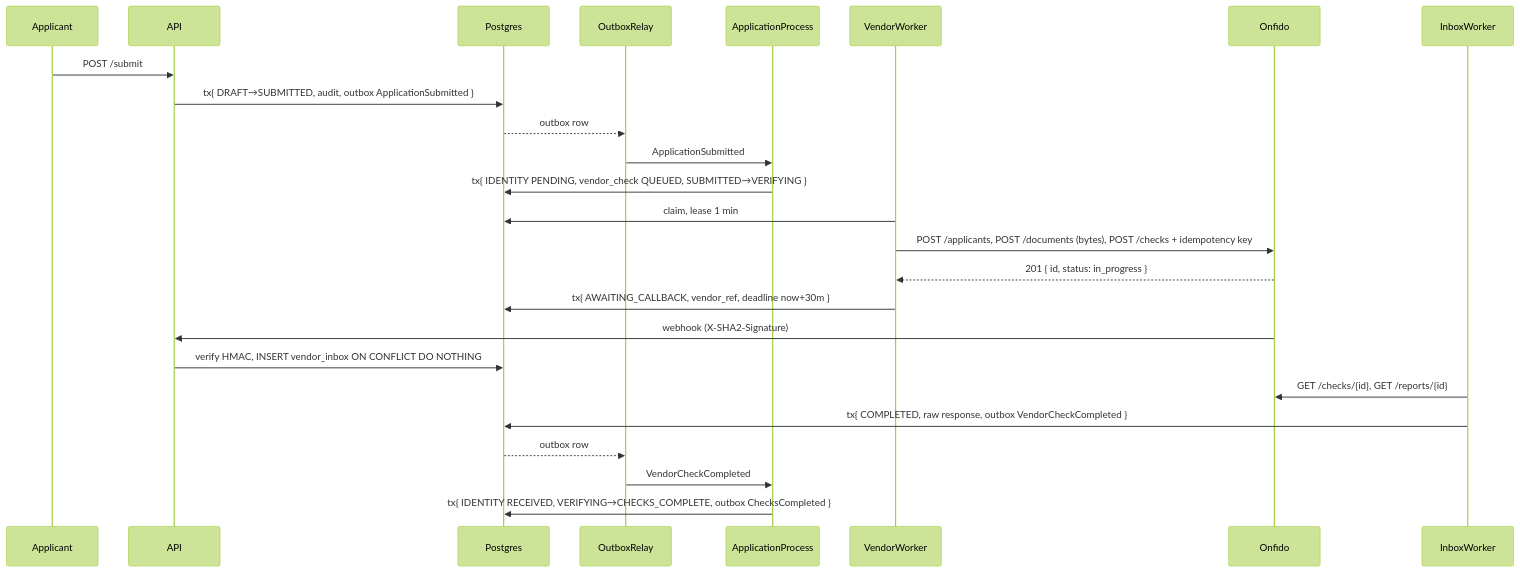
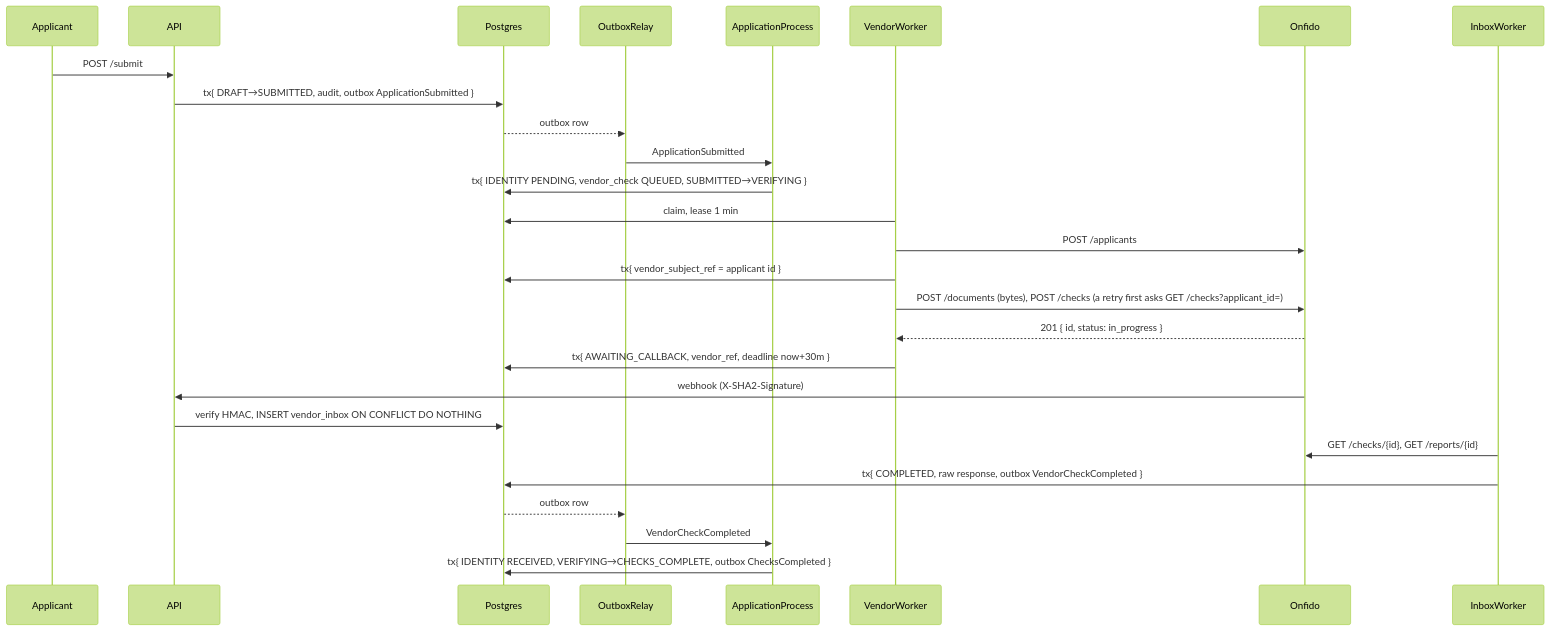
One commit to mettyoung/credit-card-system changed the fourth of 4 diagrams in docs/fr5-identity-verification.md. Above: the diagram before and after it, drawn with Mermaid (forest theme). The commit also changed other lines of this file and 82 other files, not shown here.

````diff
--- a/docs/fr5-identity-verification.md
+++ b/docs/fr5-identity-verification.md
@@ -200,27 +203,29 @@
 ```mermaid
 sequenceDiagram
     participant P as Applicant
     participant API
     participant DB as Postgres
     participant RL as OutboxRelay
     participant PR as ApplicationProcess
     participant VW as VendorWorker
     participant ON as Onfido
     participant IW as InboxWorker
     P ->> API: POST /submit
     API ->> DB: tx{ DRAFT→SUBMITTED, audit, outbox ApplicationSubmitted }
     DB -->> RL: outbox row
     RL ->> PR: ApplicationSubmitted
     PR ->> DB: tx{ IDENTITY PENDING, vendor_check QUEUED, SUBMITTED→VERIFYING }
     VW ->> DB: claim, lease 1 min
-    VW ->> ON: POST /applicants, POST /documents (bytes), POST /checks + idempotency key
+    VW ->> ON: POST /applicants
+    VW ->> DB: tx{ vendor_subject_ref = applicant id }
+    VW ->> ON: POST /documents (bytes), POST /checks (a retry first asks GET /checks?applicant_id=)
     ON -->> VW: 201 { id, status: in_progress }
     VW ->> DB: tx{ AWAITING_CALLBACK, vendor_ref, deadline now+30m }
     ON ->> API: webhook (X-SHA2-Signature)
     API ->> DB: verify HMAC, INSERT vendor_inbox ON CONFLICT DO NOTHING
     IW ->> ON: GET /checks/{id}, GET /reports/{id}
     IW ->> DB: tx{ COMPLETED, raw response, outbox VendorCheckCompleted }
     DB -->> RL: outbox row
     RL ->> PR: VendorCheckCompleted
     PR ->> DB: tx{ IDENTITY RECEIVED, VERIFYING→CHECKS_COMPLETE, outbox ChecksCompleted }
 ```
````
